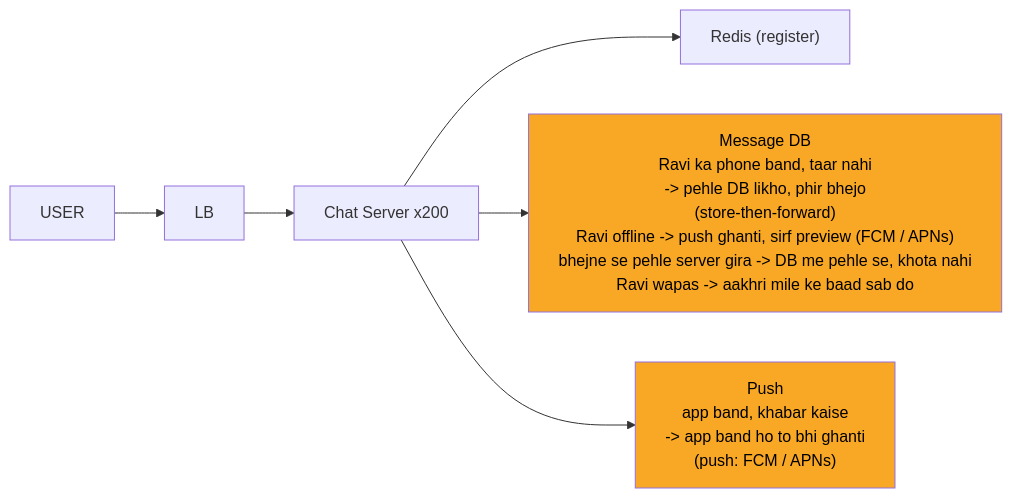
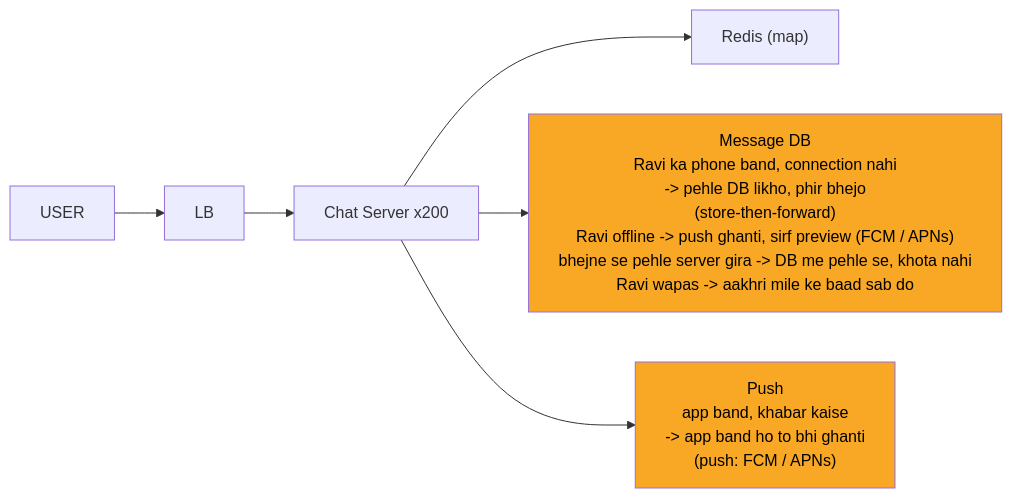
The fourth of 12 diagrams in 04_HLD/SYSTEM_DESIGNS/14_chat_messaging/14_chat_messaging.md (ArpanMaheshwari144/Prep), drawn with Mermaid before and after one commit. The commit also changed other lines of this file and 12 other files, not shown here.

Commit message:
hld 14 file: upma hatayi (thaila/parchi/taar/diary/ghadi/baalti/fuse/register) -> seedha technical shabd

````diff
--- a/04_HLD/SYSTEM_DESIGNS/14_chat_messaging/14_chat_messaging.md
+++ b/04_HLD/SYSTEM_DESIGNS/14_chat_messaging/14_chat_messaging.md
@@ -193,17 +193,17 @@
 ```mermaid
 %%{init: {"flowchart": {"wrappingWidth": 450}}}%%
 flowchart LR
     n_U["USER"]
     n_LB["LB"]
     n_CS["Chat Server x200"]
-    n_R["Redis (register)"]
-    n_DB["Message DB<br/>Ravi ka phone band, taar nahi<br/>-> pehle DB likho, phir bhejo<br/>(store-then-forward)<br/>Ravi offline -> push ghanti, sirf preview (FCM / APNs)<br/>bhejne se pehle server gira -> DB me pehle se, khota nahi<br/>Ravi wapas -> aakhri mile ke baad sab do"]
+    n_R["Redis (map)"]
+    n_DB["Message DB<br/>Ravi ka phone band, connection nahi<br/>-> pehle DB likho, phir bhejo<br/>(store-then-forward)<br/>Ravi offline -> push ghanti, sirf preview (FCM / APNs)<br/>bhejne se pehle server gira -> DB me pehle se, khota nahi<br/>Ravi wapas -> aakhri mile ke baad sab do"]
     n_P["Push<br/>app band, khabar kaise<br/>-> app band ho to bhi ghanti<br/>(push: FCM / APNs)"]
     n_U --> n_LB
     n_LB --> n_CS
     n_CS --> n_R
     n_CS --> n_DB
     n_CS --> n_P
     style n_DB fill:#f9a825,color:#000
     style n_P fill:#f9a825,color:#000
 ```
````
